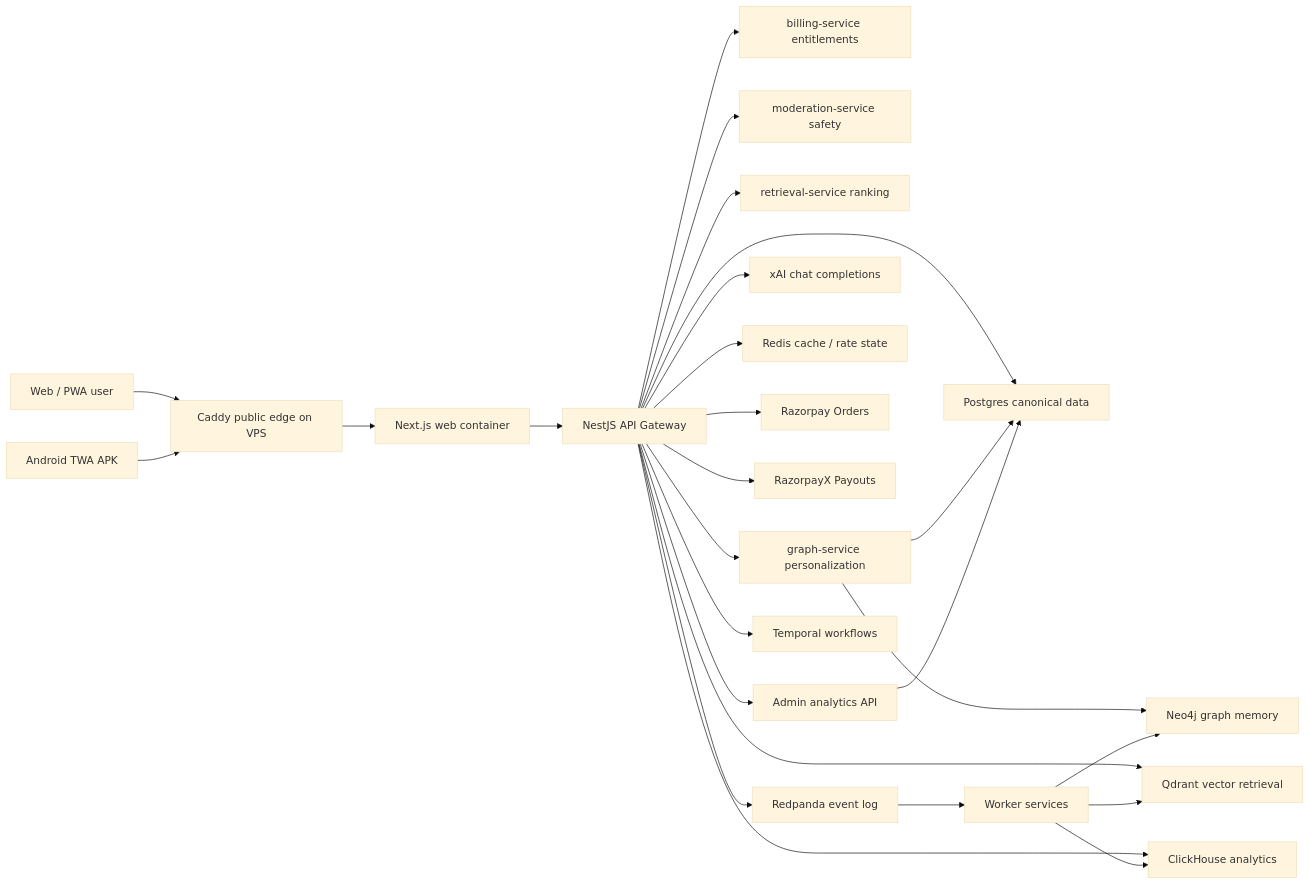
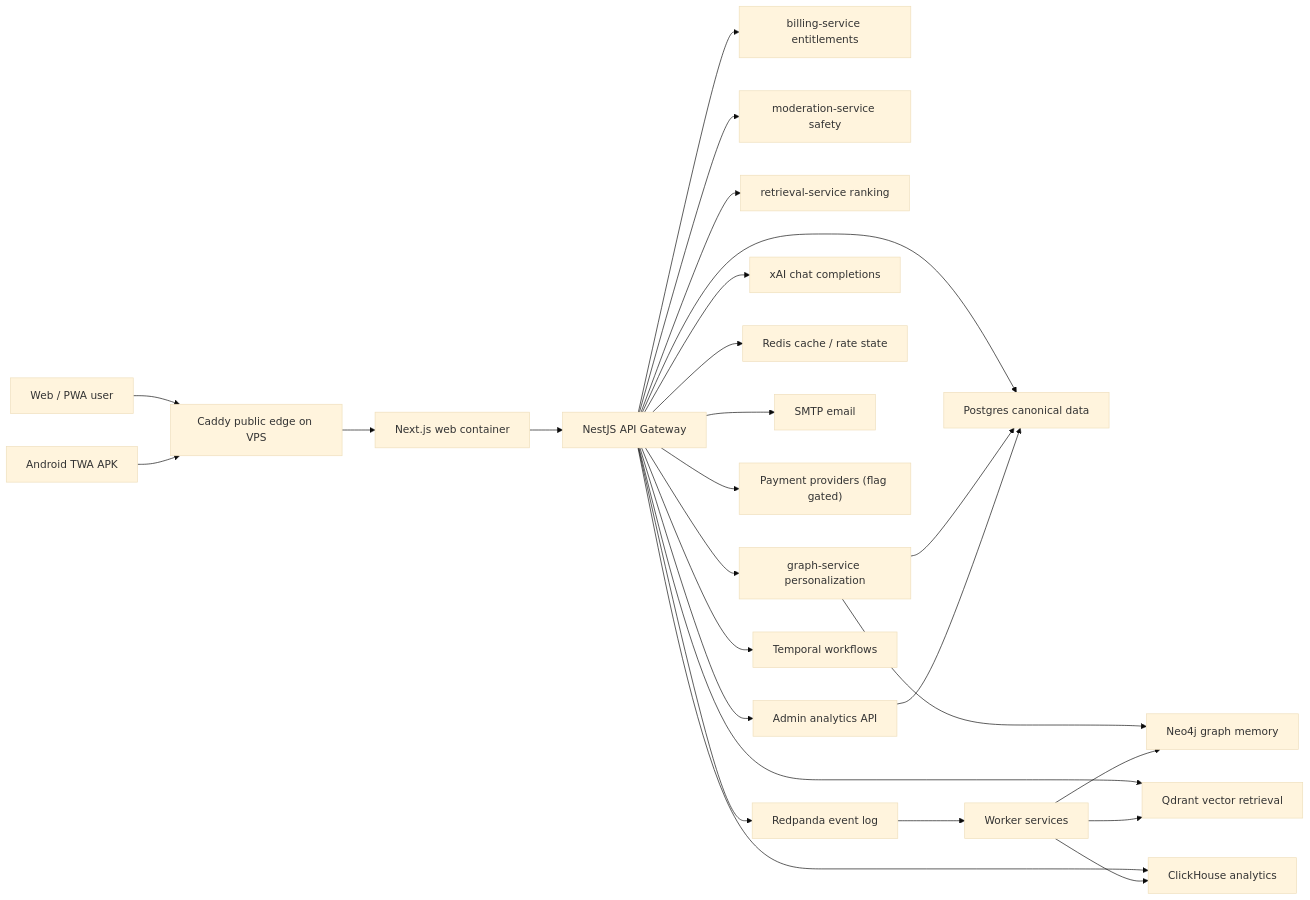
One commit to Afnanksalal/hana-chat changed the first of 4 diagrams in docs/architecture.md. Above: the diagram before and after it, drawn with Mermaid (base theme). The commit also changed other lines of this file and 82 other files, not shown here.

First line of the commit message:
Email auth, monetization flag, admin UI & infra

````diff
--- a/docs/architecture.md
+++ b/docs/architecture.md
@@ -7,28 +7,28 @@
 ```mermaid
 flowchart LR
   User["Web / PWA user"] --> Caddy["Caddy public edge on VPS"]
   Android["Android TWA APK"] --> Caddy
   Caddy --> Web["Next.js web container"]
   Web --> Gateway["NestJS API Gateway"]
   Gateway --> Postgres["Postgres canonical data"]
   Gateway --> BillingSvc["billing-service entitlements"]
   Gateway --> ModerationSvc["moderation-service safety"]
   Gateway --> RetrievalSvc["retrieval-service ranking"]
   Gateway --> GraphSvc["graph-service personalization"]
   GraphSvc --> Neo4j["Neo4j graph memory"]
   GraphSvc --> Postgres
   Gateway --> Qdrant["Qdrant vector retrieval"]
   Gateway --> Xai["xAI chat completions"]
   Gateway --> Redis["Redis cache / rate state"]
-  Gateway --> Razorpay["Razorpay Orders"]
-  Gateway --> RazorpayX["RazorpayX Payouts"]
+  Gateway --> Mail["SMTP email"]
+  Gateway --> Payments["Payment providers (flag gated)"]
   Gateway --> Redpanda["Redpanda event log"]
   Gateway --> Temporal["Temporal workflows"]
   Gateway --> ClickHouse["ClickHouse analytics"]
   Redpanda --> Workers["Worker services"]
   Workers --> Qdrant
   Workers --> Neo4j
   Workers --> ClickHouse
   Gateway --> Admin["Admin analytics API"]
   Admin --> Postgres
 ```
````
